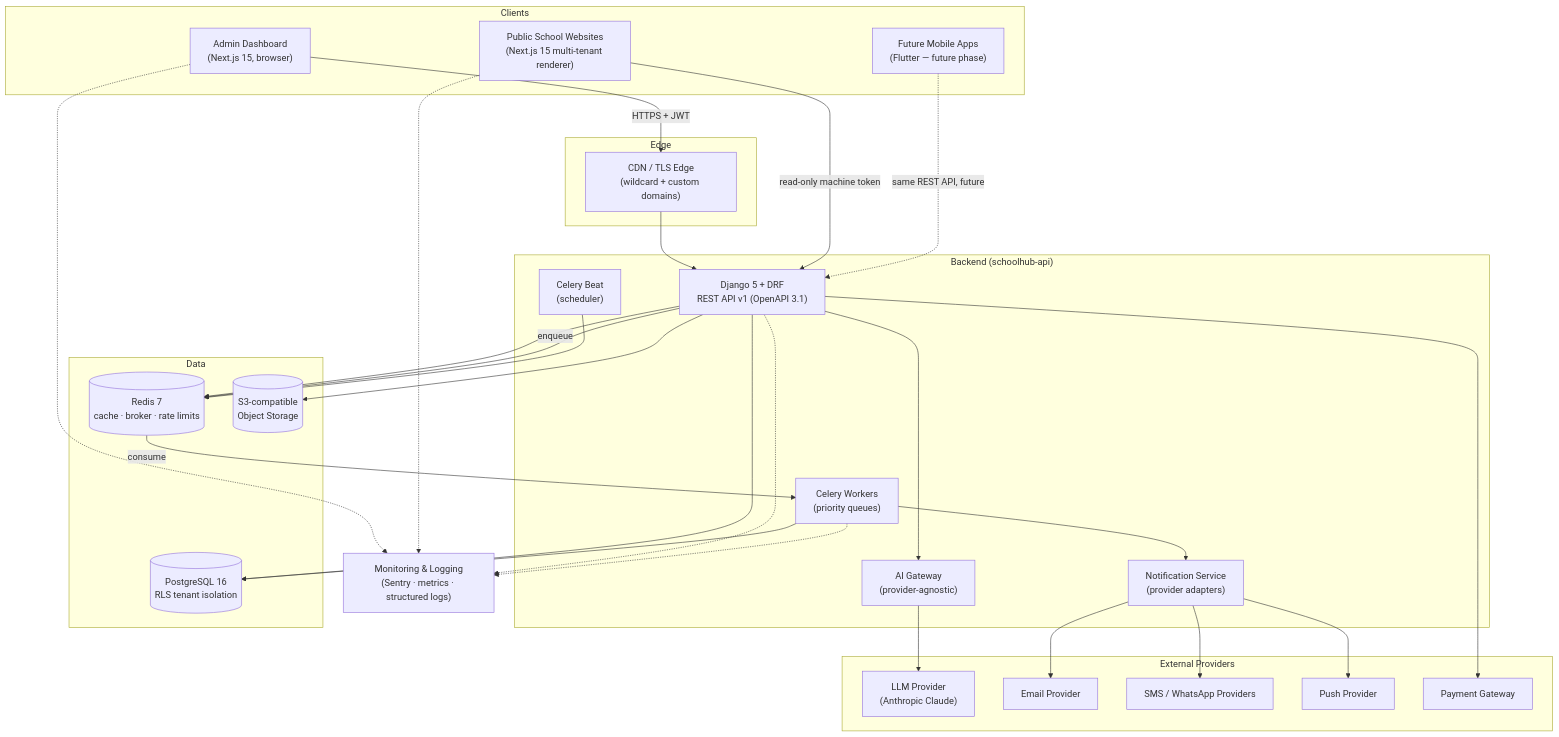
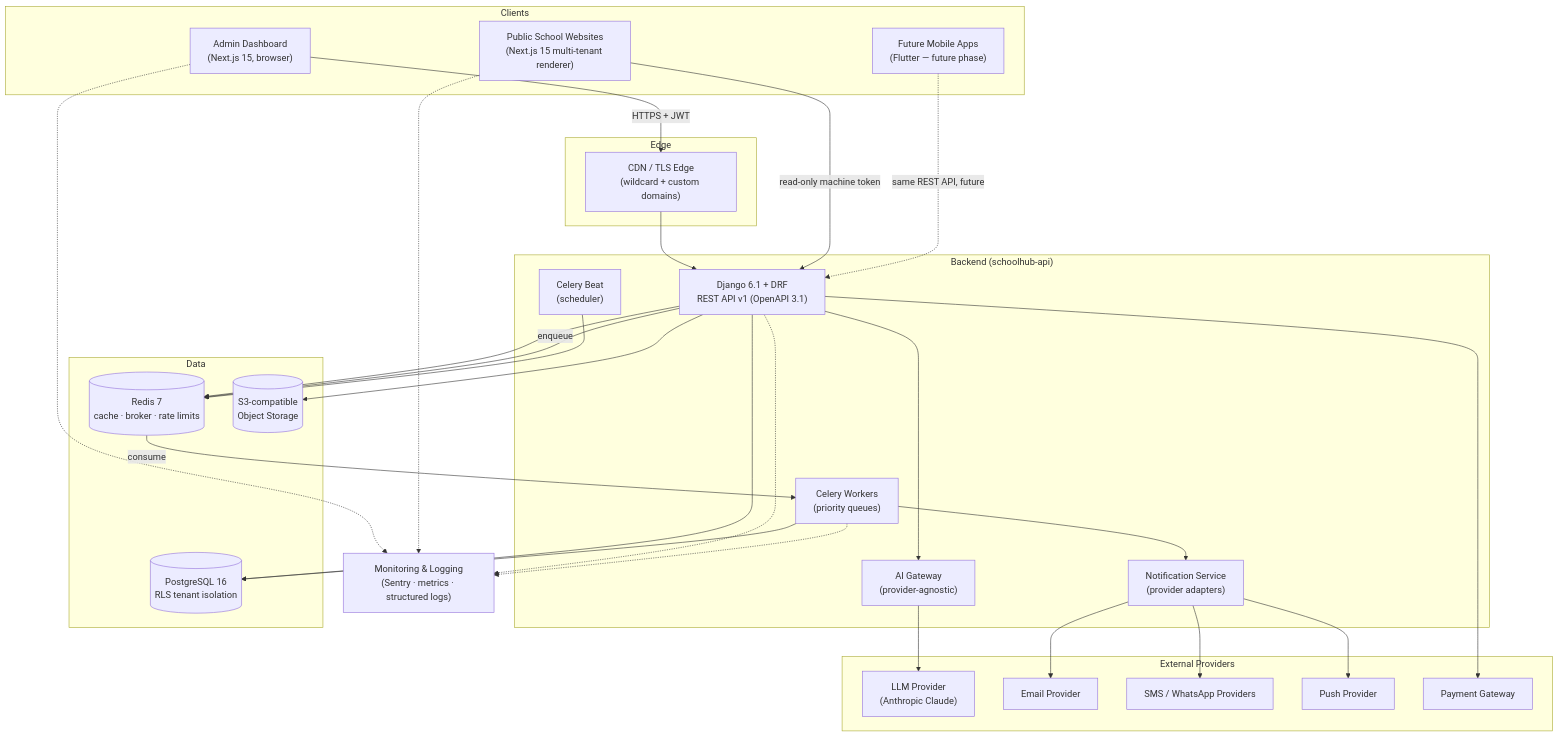
One commit to sameer-sultan41/schoolhub changed the diagram in docs/02-architecture/system-architecture.md. Above: the diagram before and after it, drawn with Mermaid. The commit also changed other lines of this file and 27 other files, not shown here.

````diff
--- a/docs/02-architecture/system-architecture.md
+++ b/docs/02-architecture/system-architecture.md
@@ -9,51 +9,51 @@
 ```mermaid
 flowchart TB
     subgraph Clients
         DASH["Admin Dashboard<br/>(Next.js 15, browser)"]
         SITE["Public School Websites<br/>(Next.js 15 multi-tenant renderer)"]
         MOBILE["Future Mobile Apps<br/>(Flutter — future phase)"]
     end
 
     subgraph Edge
         CDN["CDN / TLS Edge<br/>(wildcard + custom domains)"]
     end
 
     subgraph Backend["Backend (schoolhub-api)"]
-        API["Django 5 + DRF<br/>REST API v1 (OpenAPI 3.1)"]
+        API["Django 6.1 + DRF<br/>REST API v1 (OpenAPI 3.1)"]
         AIGW["AI Gateway<br/>(provider-agnostic)"]
         NOTIF["Notification Service<br/>(provider adapters)"]
         WORKERS["Celery Workers<br/>(priority queues)"]
         BEAT["Celery Beat<br/>(scheduler)"]
     end
 
     subgraph Data
         PG[("PostgreSQL 16<br/>RLS tenant isolation")]
         REDIS[("Redis 7<br/>cache · broker · rate limits")]
         S3[("S3-compatible<br/>Object Storage")]
     end
 
     subgraph External["External Providers"]
         LLM["LLM Provider<br/>(Anthropic Claude)"]
         EMAIL["Email Provider"]
         SMS["SMS / WhatsApp Providers"]
         PUSH["Push Provider"]
         PAY["Payment Gateway"]
     end
 
     MON["Monitoring & Logging<br/>(Sentry · metrics · structured logs)"]
 
     DASH -->|HTTPS + JWT| CDN --> API
     SITE -->|read-only machine token| API
     MOBILE -.->|same REST API, future| API
     API --> PG
     API --> REDIS
     API --> S3
     API --> AIGW --> LLM
     API -->|enqueue| REDIS -->|consume| WORKERS
     BEAT --> REDIS
     WORKERS --> PG
     WORKERS --> NOTIF
     NOTIF --> EMAIL & SMS & PUSH
     API --> PAY
     API & WORKERS & DASH & SITE -.-> MON
 ```
````
